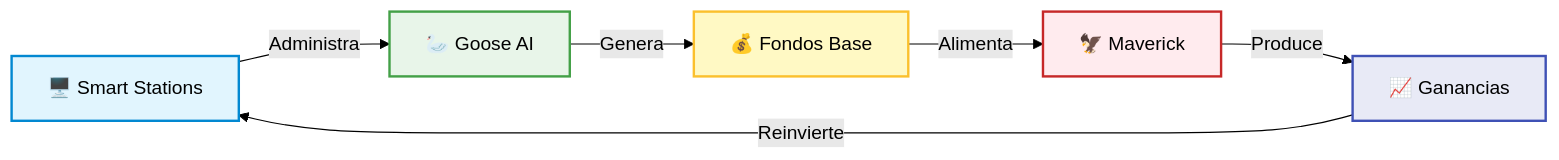
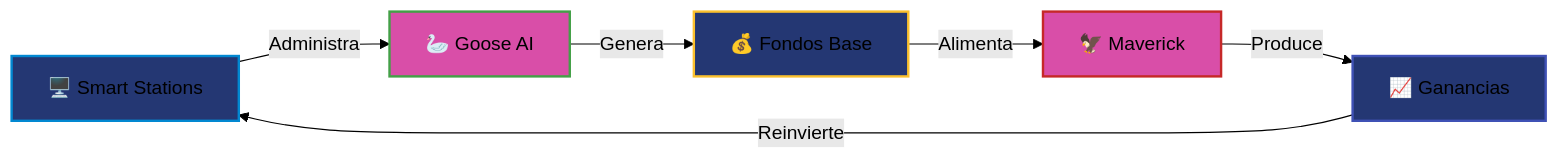
Before and after one commit to CryptoPlazaHQ/CryptoPlaza: the third of 3 diagrams in Commercial/Commercial_Plan.md, drawn with Mermaid (forest theme).

Commit message:
Update Commercial_Plan.md
Color editing

````diff
--- a/Commercial/Commercial_Plan.md
+++ b/Commercial/Commercial_Plan.md
@@ -209,13 +209,13 @@
 ```mermaid
 flowchart LR
     A[🖥️ Smart Stations] -->|Administra| B[🦢 Goose AI]
     B -->|Genera| C[💰 Fondos Base]
     C -->|Alimenta| D[🦅 Maverick]
     D -->|Produce| E[📈 Ganancias]
     E -->|Reinvierte| A
-    style A fill:#e1f5fe,stroke:#0288d1,stroke-width:2px
-    style B fill:#e8f5e9,stroke:#43a047,stroke-width:2px
-    style C fill:#fff9c4,stroke:#fbc02d,stroke-width:2px
-    style D fill:#ffebee,stroke:#c62828,stroke-width:2px
-    style E fill:#e8eaf6,stroke:#3f51b5,stroke-width:2px
+    style A fill:#243773,stroke:#0288d1,stroke-width:2px
+    style B fill:#d94ea8,stroke:#43a047,stroke-width:2px
+    style C fill:#243773,stroke:#fbc02d,stroke-width:2px
+    style D fill:#d94ea8,stroke:#c62828,stroke-width:2px
+    style E fill:#243773,stroke:#3f51b5,stroke-width:2px
 ```
````
